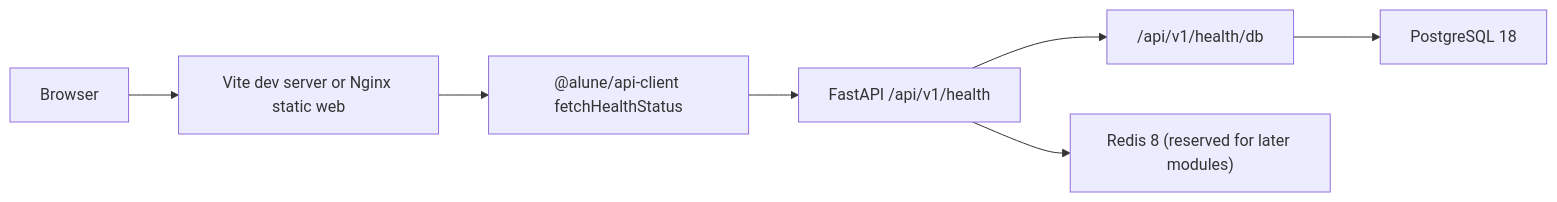
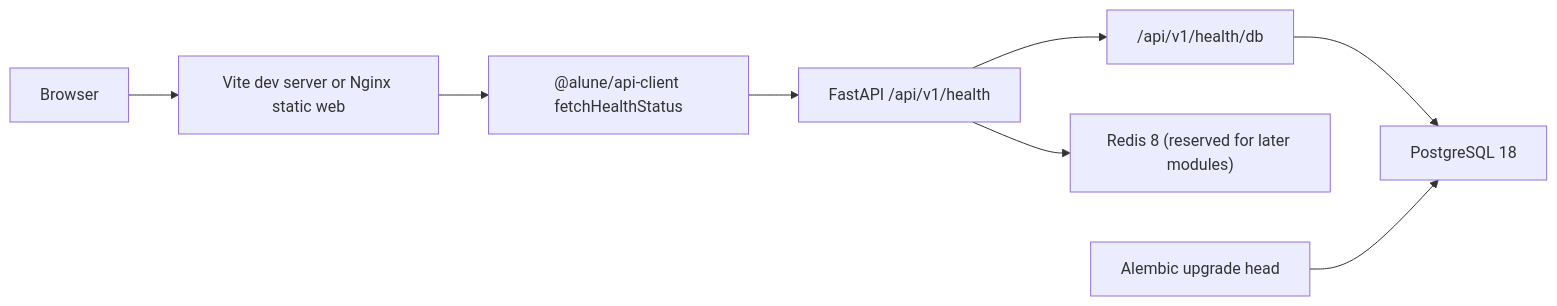
Before and after one commit to alune1212/alune: the diagram in docs/architecture.md, drawn with Mermaid. The commit also changed other lines of this file and 19 other files, not shown here.

````diff
--- a/docs/architecture.md
+++ b/docs/architecture.md
@@ -61,9 +64,10 @@
 ```mermaid
 flowchart LR
   Browser["Browser"] --> Web["Vite dev server or Nginx static web"]
   Web --> HealthClient["@alune/api-client fetchHealthStatus"]
   HealthClient --> API["FastAPI /api/v1/health"]
   API --> DBCheck["/api/v1/health/db"]
   DBCheck --> Postgres["PostgreSQL 18"]
   API --> Redis["Redis 8 (reserved for later modules)"]
+  Alembic["Alembic upgrade head"] --> Postgres
 ```
````
